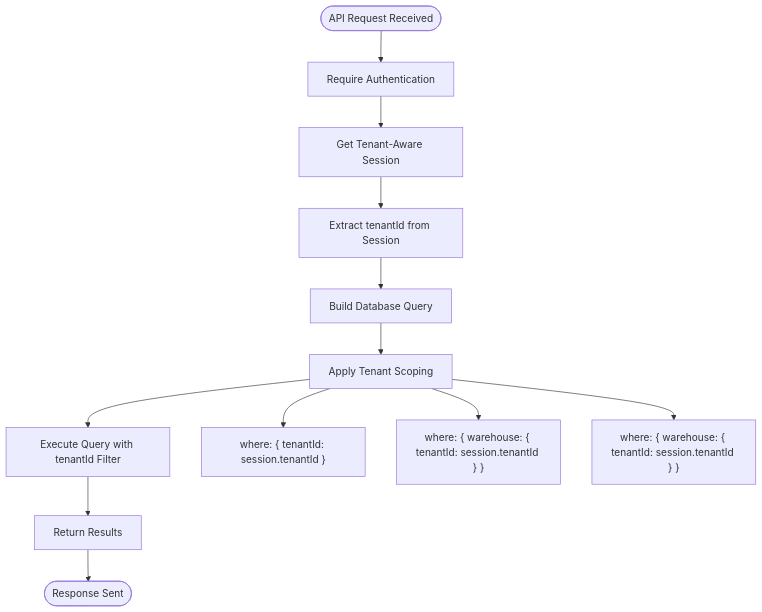
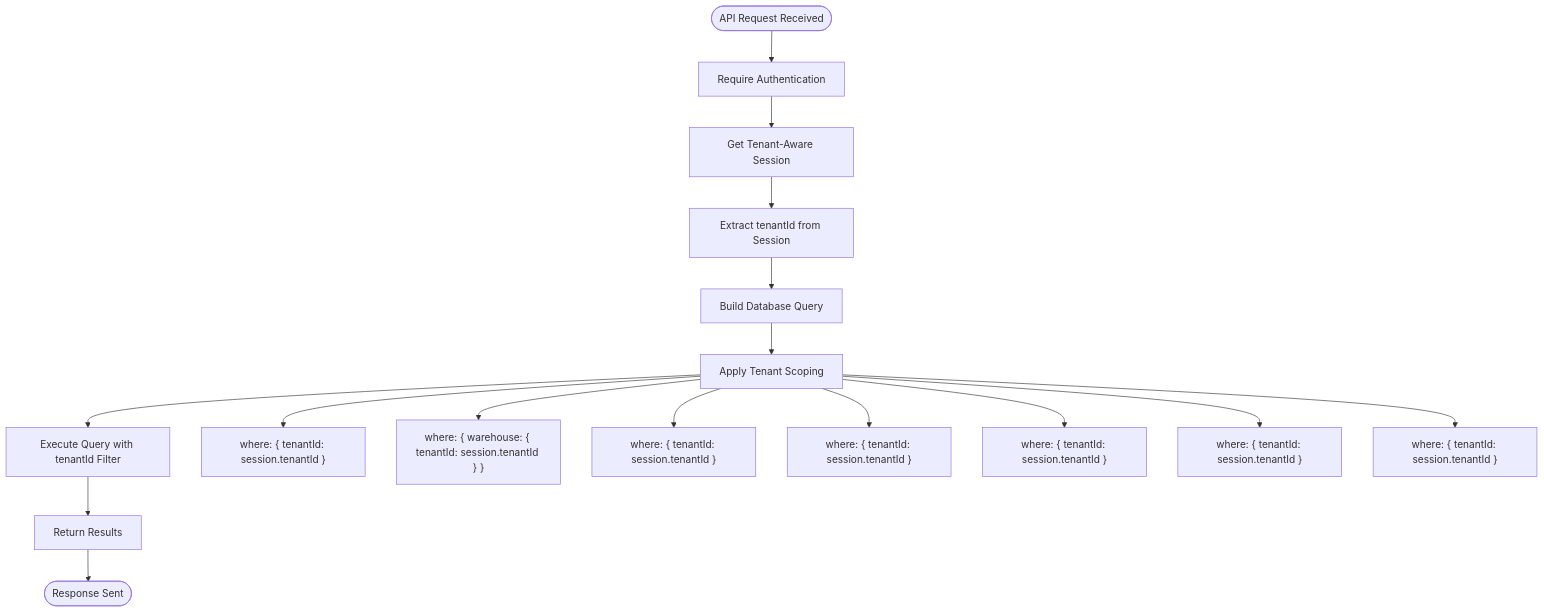
The fourth of 13 diagrams in .qoder/repowiki/en/content/Architecture Overview/Multi-Tenant Architecture.md (nzey11/erp-new), drawn with Mermaid before and after one commit. The commit also changed other lines of this file and 46 other files, not shown here.

````diff
--- a/.qoder/repowiki/en/content/Architecture Overview/Multi-Tenant Architecture.md
+++ b/.qoder/repowiki/en/content/Architecture Overview/Multi-Tenant Architecture.md
@@ -196,14 +312,18 @@
 ```mermaid
 flowchart TD
 Start([API Request Received]) --> AuthCheck[Require Authentication]
 AuthCheck --> GetSession[Get Tenant-Aware Session]
 GetSession --> ExtractTenant[Extract tenantId from Session]
 ExtractTenant --> BuildQuery[Build Database Query]
 BuildQuery --> ApplyScoping[Apply Tenant Scoping]
 ApplyScoping --> ExecuteQuery[Execute Query with tenantId Filter]
 ExecuteQuery --> ReturnResults[Return Results]
 ReturnResults --> End([Response Sent])
 ApplyScoping --> WarehouseFilter["where: { tenantId: session.tenantId }"]
 ApplyScoping --> StockFilter["where: { warehouse: { tenantId: session.tenantId } }"]
-ApplyScoping --> ProductFilter["where: { warehouse: { tenantId: session.tenantId } }"]
+ApplyScoping --> ProductFilter["where: { tenantId: session.tenantId }"]
+ApplyScoping --> DocumentFilter["where: { tenantId: session.tenantId }"]
+ApplyScoping --> PaymentFilter["where: { tenantId: session.tenantId }"]
+ApplyScoping --> CounterpartyFilter["where: { tenantId: session.tenantId }"]
+ApplyScoping --> VariantFilter["where: { tenantId: session.tenantId }"]
 ```
````
